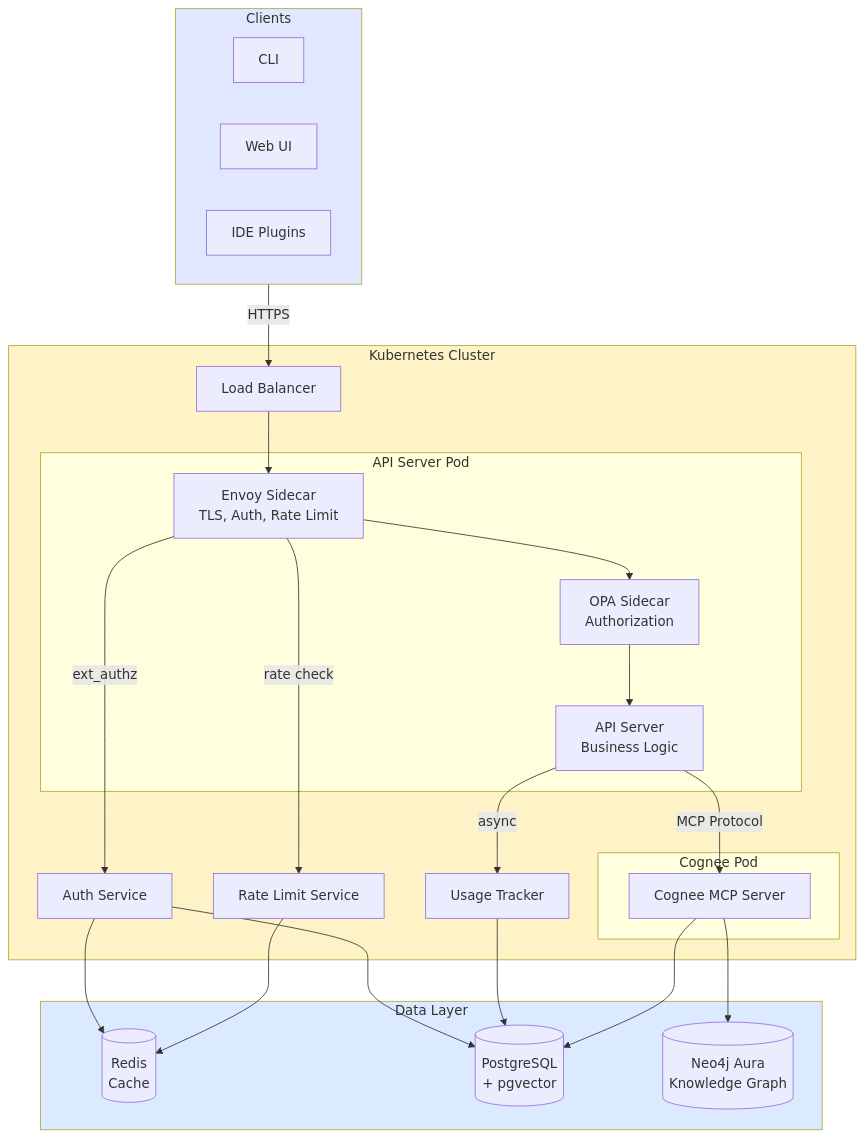
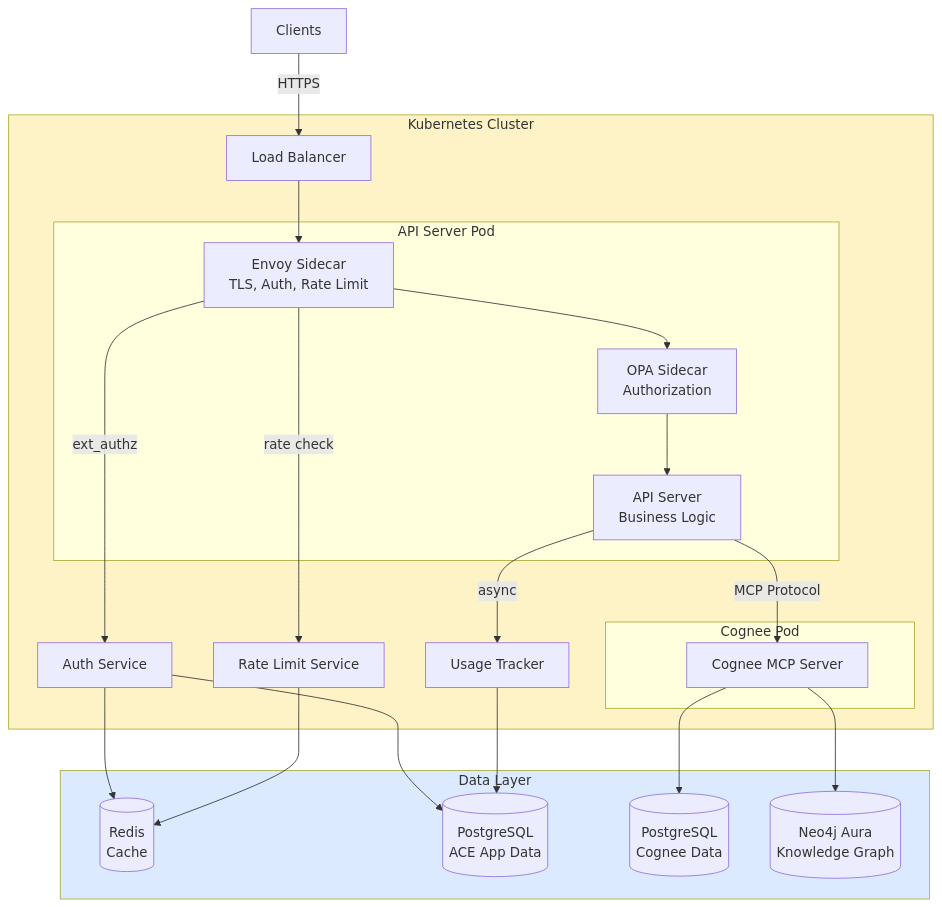
Before and after one commit to twistingmercury/mnemonic-mcp: the first of 3 diagrams in docs/architecture/03-system-architecture.md, drawn with Mermaid. The commit also changed other lines of this file and 56 other files, not shown here.

Commit message:
refine architecture, draft MVP plan

````diff
--- a/docs/architecture/03-system-architecture.md
+++ b/docs/architecture/03-system-architecture.md
@@ -13,52 +13,54 @@
 ```mermaid
 graph TB
-    subgraph Clients["Clients"]
-        CLI[CLI]
-        Web[Web UI]
-        IDE[IDE Plugins]
-    end
+    %% subgraph 
+Clients["Clients"]
+    %%     CLI[CLI]
+    %%     Web[Web UI]
+    %%     IDE[IDE Plugins]
+    %% end
 
     subgraph K8s["Kubernetes Cluster"]
         LB[Load Balancer]
 
         subgraph APIPod["API Server Pod"]
             Envoy[Envoy Sidecar<br/>TLS, Auth, Rate Limit]
             OPA[OPA Sidecar<br/>Authorization]
             API[API Server<br/>Business Logic]
         end
 
         subgraph CogneePod["Cognee Pod"]
             CogneeApp["Cognee MCP Server"]
         end
 
         Auth[Auth Service]
         Usage[Usage Tracker]
         RateLimit[Rate Limit Service]
     end
 
     subgraph Data["Data Layer"]
         Redis[(Redis<br/>Cache)]
-        RDS[(PostgreSQL<br/>+ pgvector)]
+        AppDB[(PostgreSQL<br/>ACE App Data)]
+        CogneeDB[(PostgreSQL<br/>Cognee Data)]
         Neo4j[(Neo4j Aura<br/>Knowledge Graph)]
     end
 
     Clients -->|HTTPS| LB
     LB --> Envoy
     Envoy -->|ext_authz| Auth
     Envoy -->|rate check| RateLimit
     Envoy --> OPA
     OPA --> API
     API -->|MCP Protocol| CogneeApp
     API -->|async| Usage
 
     Auth --> Redis
-    Auth --> RDS
+    Auth --> AppDB
     RateLimit --> Redis
-    Usage --> RDS
+    Usage --> AppDB
     CogneeApp --> Neo4j
-    CogneeApp --> RDS
+    CogneeApp --> CogneeDB
 
-    style Clients fill:#E0E7FF
+    %% style Clients fill:#E0E7FF
     style K8s fill:#FEF3C7
     style Data fill:#DBEAFE
 ```
````
